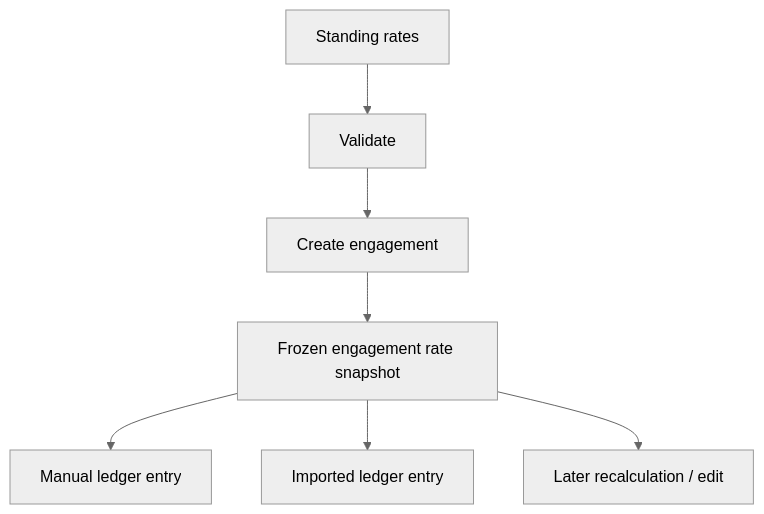
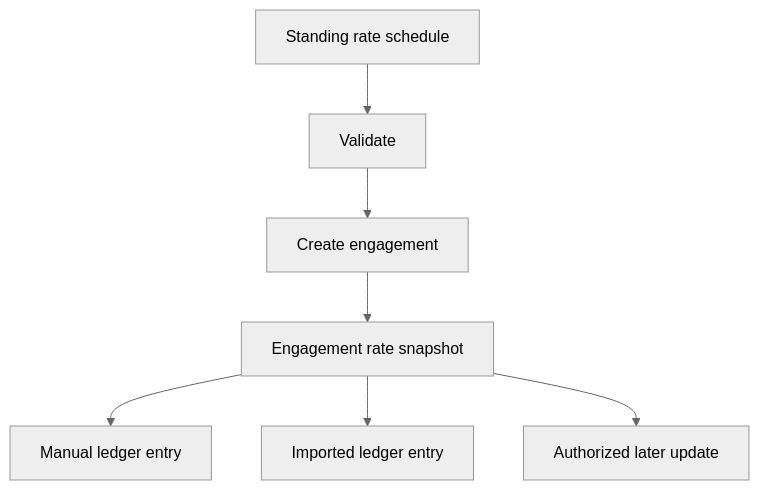
One commit to JohnGPaulIV/daubert-platform-showcase changed the diagram in docs/DATA_INTEGRITY.md. Above: the diagram before and after it, drawn with Mermaid (neutral theme). The commit also changed other lines of this file and 20 other files, not shown here.

````diff
--- a/docs/DATA_INTEGRITY.md
+++ b/docs/DATA_INTEGRITY.md
@@ -35,9 +46,9 @@
 ```mermaid
 flowchart TD
-    S[Standing rates] --> V[Validate]
+    S[Standing rate schedule] --> V[Validate]
     V --> C[Create engagement]
-    C --> F[Frozen engagement rate snapshot]
+    C --> F[Engagement rate snapshot]
     F --> L1[Manual ledger entry]
     F --> L2[Imported ledger entry]
-    F --> L3[Later recalculation / edit]
+    F --> L3[Authorized later update]
 ```
````
